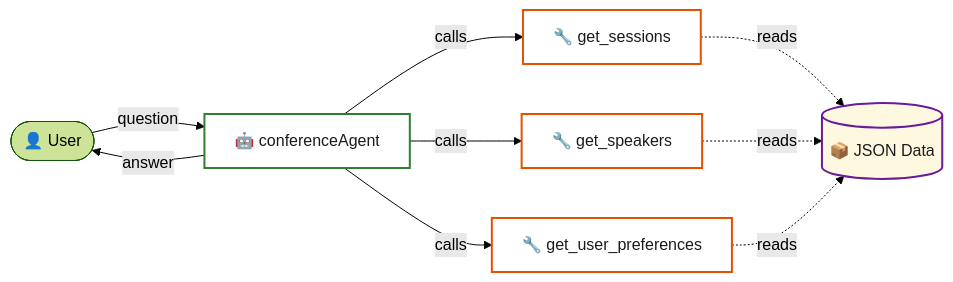
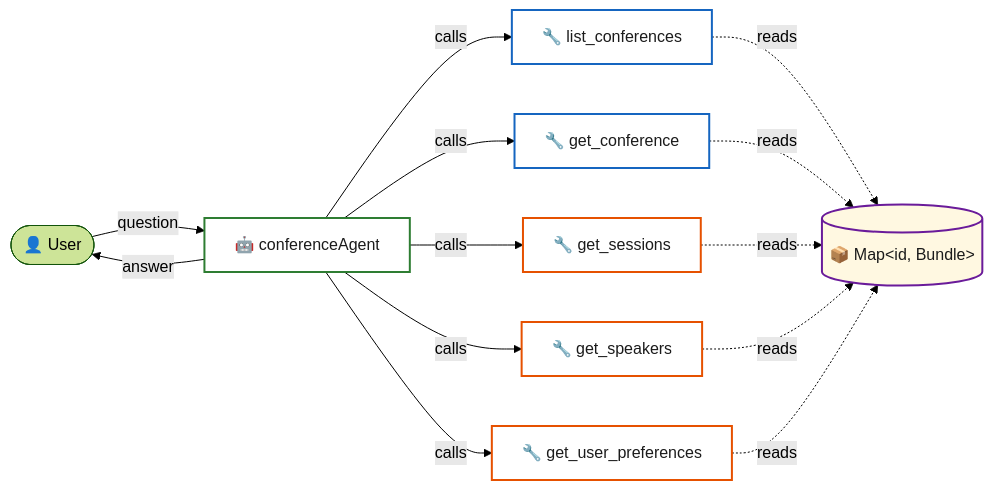
One commit to Puppo/adk-js-codelabs changed the second of 5 diagrams in WORKSHOP.md. Above: the diagram before and after it, drawn with Mermaid (forest theme). The commit also changed other lines of this file and 29 other files, not shown here.

````diff
--- a/WORKSHOP.md
+++ b/WORKSHOP.md
@@ -154,24 +190,32 @@
 ```mermaid
 graph LR
     User(["👤 User"])
     Agent["🤖 conferenceAgent"]
-    T1["🔧 get_sessions"]
-    T2["🔧 get_speakers"]
-    T3["🔧 get_user_preferences"]
-    Data[("📦 JSON Data")]
+    T0["🔧 list_conferences"]
+    T1["🔧 get_conference"]
+    T2["🔧 get_sessions"]
+    T3["🔧 get_speakers"]
+    T4["🔧 get_user_preferences"]
+    Data[("📦 Map&lt;id, Bundle&gt;")]
 
     User -- "question" --> Agent
     Agent -- "answer" --> User
+    Agent -- "calls" --> T0
     Agent -- "calls" --> T1
     Agent -- "calls" --> T2
     Agent -- "calls" --> T3
+    Agent -- "calls" --> T4
+    T0 -. "reads" .-> Data
     T1 -. "reads" .-> Data
     T2 -. "reads" .-> Data
     T3 -. "reads" .-> Data
+    T4 -. "reads" .-> Data
 
     style Agent fill:#ffffff,stroke:#2e7d32,stroke-width:2px,color:#1b1b1b
-    style T1 fill:#ffffff,stroke:#e65100,stroke-width:2px,color:#1b1b1b
+    style T0 fill:#ffffff,stroke:#1565c0,stroke-width:2px,color:#1b1b1b
+    style T1 fill:#ffffff,stroke:#1565c0,stroke-width:2px,color:#1b1b1b
     style T2 fill:#ffffff,stroke:#e65100,stroke-width:2px,color:#1b1b1b
     style T3 fill:#ffffff,stroke:#e65100,stroke-width:2px,color:#1b1b1b
+    style T4 fill:#ffffff,stroke:#e65100,stroke-width:2px,color:#1b1b1b
     style Data fill:#fff8e1,stroke:#6a1b9a,stroke-width:2px,color:#1b1b1b
 ```
````
